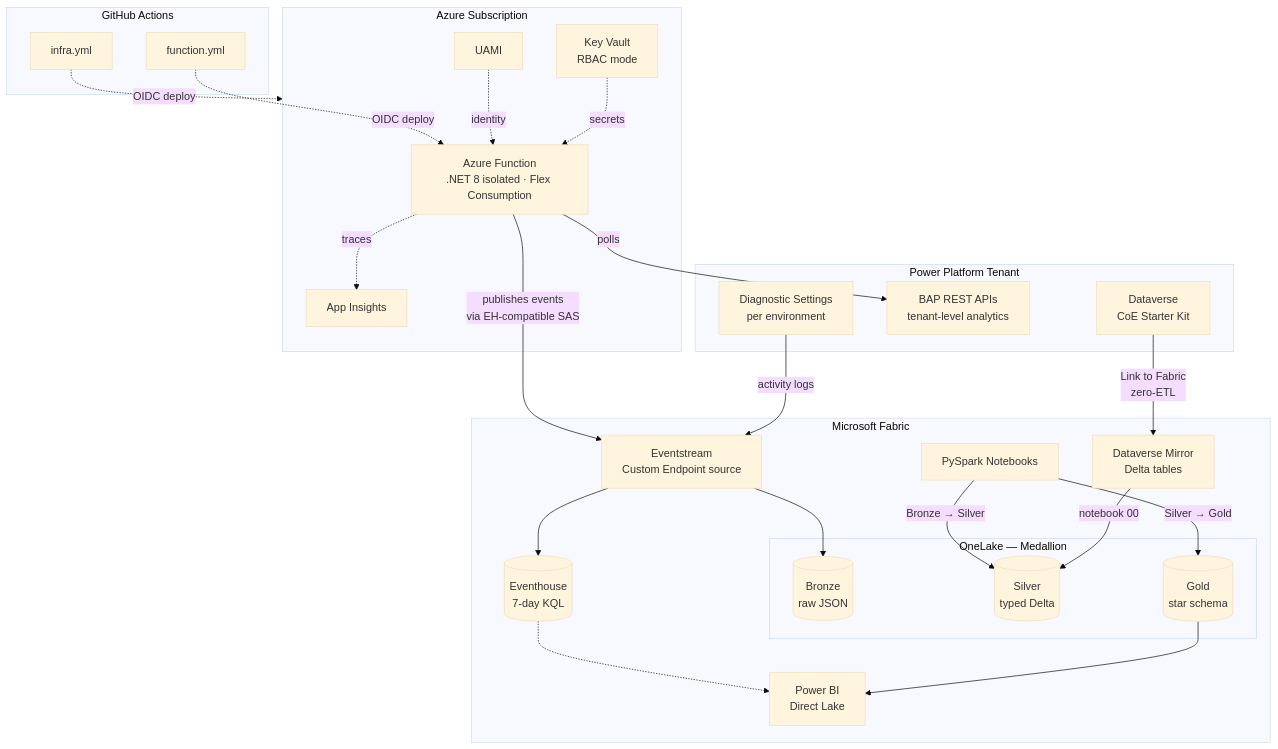
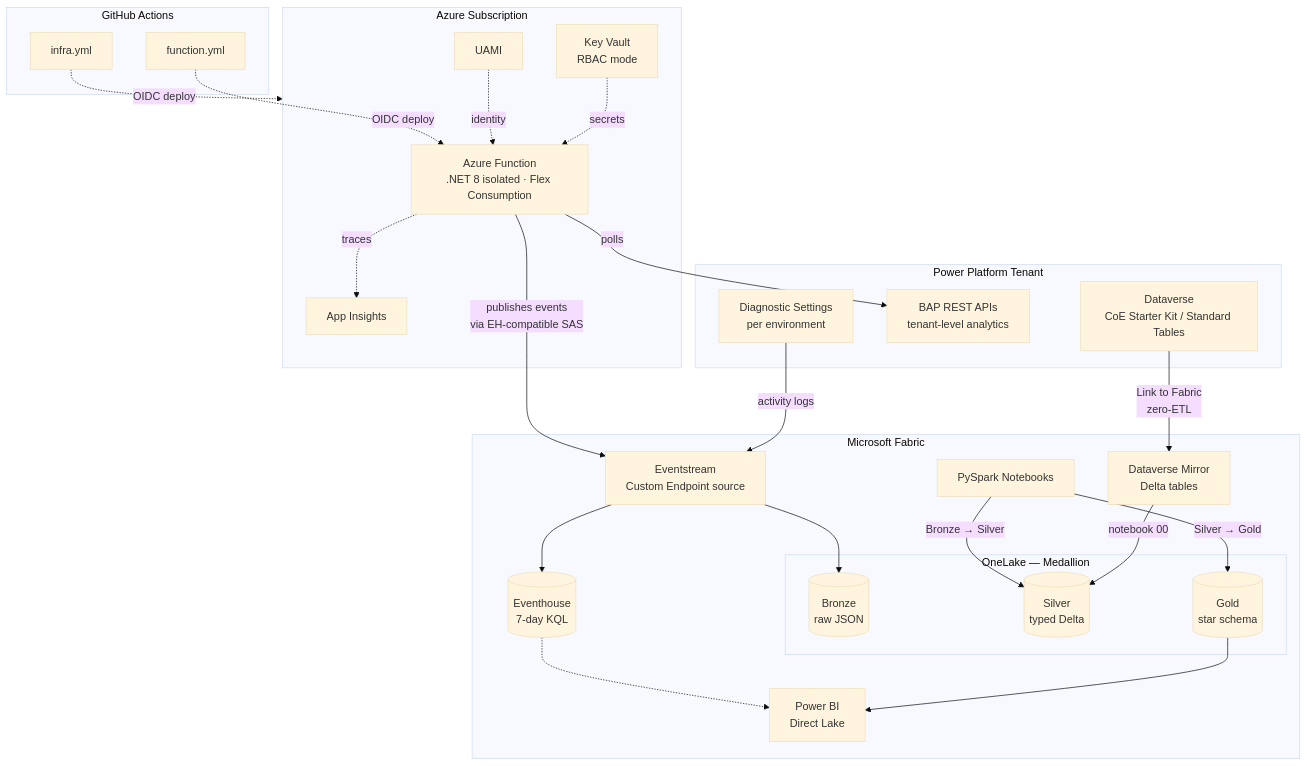
One commit to vaddify/powerplatform-telemetry-fabric-lab changed the second of 2 diagrams in README.md. Above: the diagram before and after it, drawn with Mermaid (base theme). The commit also changed other lines of this file and 1 other file, not shown here.

````diff
--- a/README.md
+++ b/README.md
@@ -78,50 +141,50 @@
 ```mermaid
 flowchart TB
     subgraph PP["Power Platform Tenant"]
         DS["Diagnostic Settings\nper environment"]
         BAP["BAP REST APIs\ntenant-level analytics"]
-        DV["Dataverse\nCoE Starter Kit"]
+        DV["Dataverse\nCoE Starter Kit / Standard Tables"]
     end
 
     subgraph AZ["Azure Subscription"]
         FN["Azure Function\n.NET 8 isolated · Flex Consumption"]
         KV["Key Vault\nRBAC mode"]
         UAMI["UAMI"]
         AI["App Insights"]
     end
 
     subgraph FB["Microsoft Fabric"]
         ES["Eventstream\nCustom Endpoint source"]
         DVMirror["Dataverse Mirror\nDelta tables"]
         subgraph Lake["OneLake — Medallion"]
             BZ[("Bronze\nraw JSON")]
             SV[("Silver\ntyped Delta")]
             GD[("Gold\nstar schema")]
         end
         EV[("Eventhouse\n7-day KQL")]
         NB["PySpark Notebooks"]
         PBI["Power BI\nDirect Lake"]
     end
 
     subgraph CI["GitHub Actions"]
         IW["infra.yml"]
         FW["function.yml"]
     end
 
     DS -- activity logs --> ES
     FN -- polls --> BAP
     FN -- publishes events\nvia EH-compatible SAS --> ES
     DV -- Link to Fabric\nzero-ETL --> DVMirror
     KV -. secrets .-> FN
     UAMI -. identity .-> FN
     FN -. traces .-> AI
     ES --> BZ
     ES --> EV
     DVMirror -- notebook 00 --> SV
     NB -- Bronze → Silver --> SV
     NB -- Silver → Gold --> GD
     GD --> PBI
     EV -.-> PBI
     IW -. OIDC deploy .-> AZ
     FW -. OIDC deploy .-> FN
 ```
````
